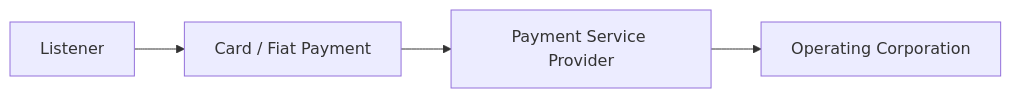
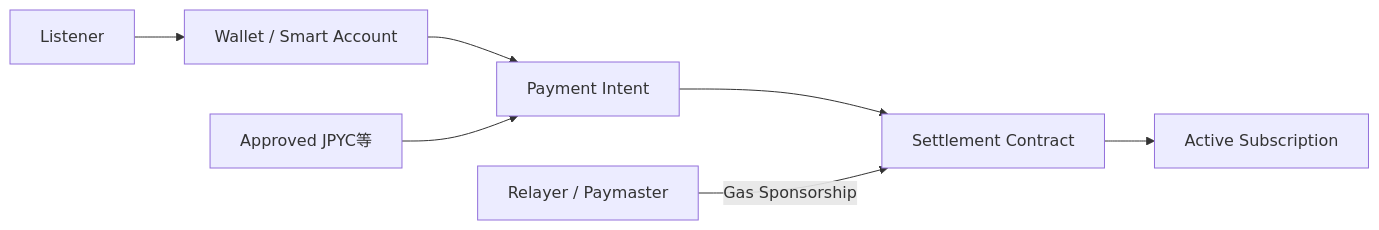
Before and after one commit to ShigeichiroYamasaki/creator-first-platform: diagram 16 of 29 in docs/whitepaper/04-platform-architecture.md, drawn with Mermaid. The commit also changed other lines of this file and 16 other files, not shown here.

Commit message:
Align JPYC payments and sponsored SBT flows

````diff
--- a/docs/whitepaper/04-platform-architecture.md
+++ b/docs/whitepaper/04-platform-architecture.md
@@ -550,11 +550,14 @@
 ```mermaid
 flowchart LR
     USER[Listener]
-    CARD[Card / Fiat Payment]
-    PSP[Payment Service Provider]
-    CORP[Operating Corporation]
+    WALLET[Wallet / Smart Account]
+    INTENT[Payment Intent]
+    ASSET[Approved JPYC等]
+    RELAYER[Relayer / Paymaster]
+    CHAIN[Settlement Contract]
+    SUB[Active Subscription]
 
-    USER --> CARD
-    CARD --> PSP
-    PSP --> CORP
+    USER --> WALLET --> INTENT
+    ASSET --> INTENT --> CHAIN --> SUB
+    RELAYER -->|Gas Sponsorship| CHAIN
 ```
````
